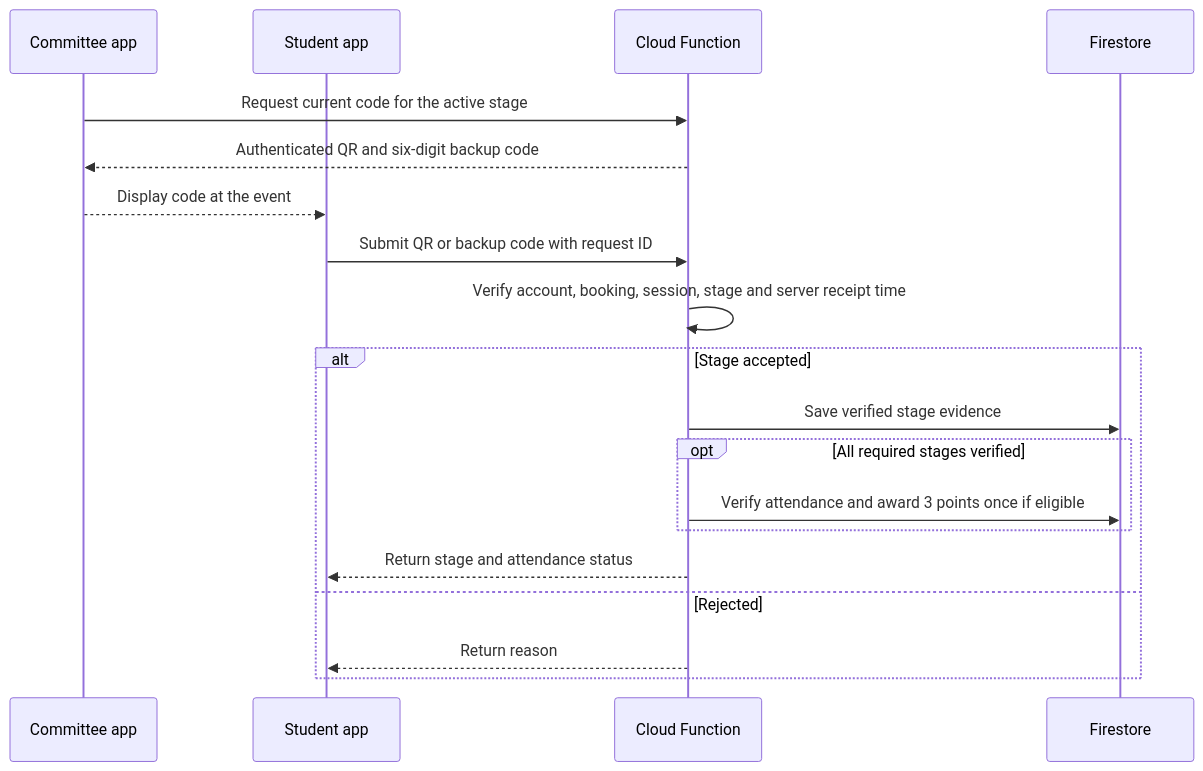
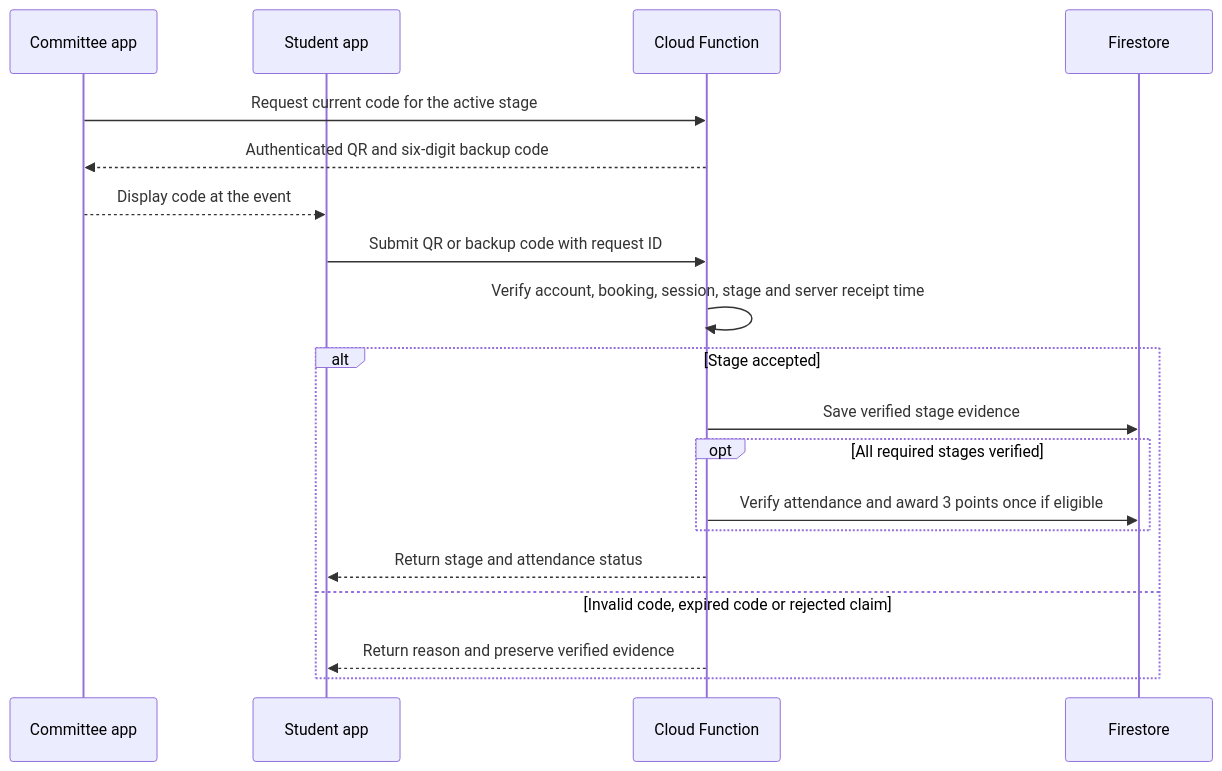
Before and after one commit to k31k1w0n9/Group-M-sCPD-Tracker: the first of 2 diagrams in docs/attendance-security-and-sync.md, drawn with Mermaid. The commit also changed other lines of this file and 10 other files, not shown here.

````diff
--- a/docs/attendance-security-and-sync.md
+++ b/docs/attendance-security-and-sync.md
@@ -20,21 +20,21 @@
 ```mermaid
 sequenceDiagram
   participant C as Committee app
   participant S as Student app
   participant F as Cloud Function
   participant DB as Firestore
   C->>F: Request current code for the active stage
   F-->>C: Authenticated QR and six-digit backup code
   C-->>S: Display code at the event
   S->>F: Submit QR or backup code with request ID
   F->>F: Verify account, booking, session, stage and server receipt time
   alt Stage accepted
     F->>DB: Save verified stage evidence
     opt All required stages verified
       F->>DB: Verify attendance and award 3 points once if eligible
     end
     F-->>S: Return stage and attendance status
-  else Rejected
-    F-->>S: Return reason
+  else Invalid code, expired code or rejected claim
+    F-->>S: Return reason and preserve verified evidence
   end
 ```
````
